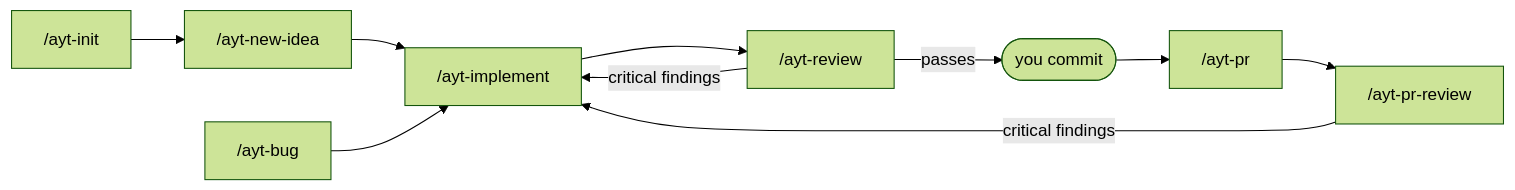
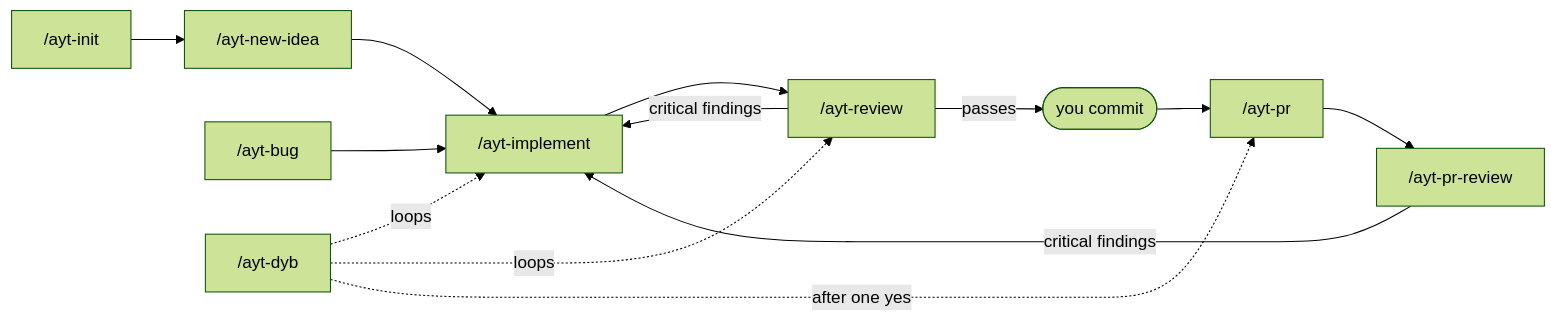
Before and after one commit to mrJTY/ayt: the first of 16 diagrams in docs/flows.md, drawn with Mermaid (forest theme). The commit also changed other lines of this file and 10 other files, not shown here.

First line of the commit message:
Add /ayt-dyb and sharpen /ayt-new-idea design questions (#1)

````diff
--- a/docs/flows.md
+++ b/docs/flows.md
@@ -6,12 +6,15 @@
 ```mermaid
 flowchart LR
   init["/ayt-init"] --> idea["/ayt-new-idea"]
   idea --> impl["/ayt-implement"]
   bug["/ayt-bug"] --> impl
   impl --> verify["/ayt-review"]
   verify -- "critical findings" --> impl
   verify -- "passes" --> commit(["you commit"])
   commit --> pr["/ayt-pr"]
   pr --> review["/ayt-pr-review"]
   review -- "critical findings" --> impl
+  dyb["/ayt-dyb"] -. "loops" .-> impl
+  dyb -. "loops" .-> verify
+  dyb -. "after one yes" .-> pr
 ```
````
